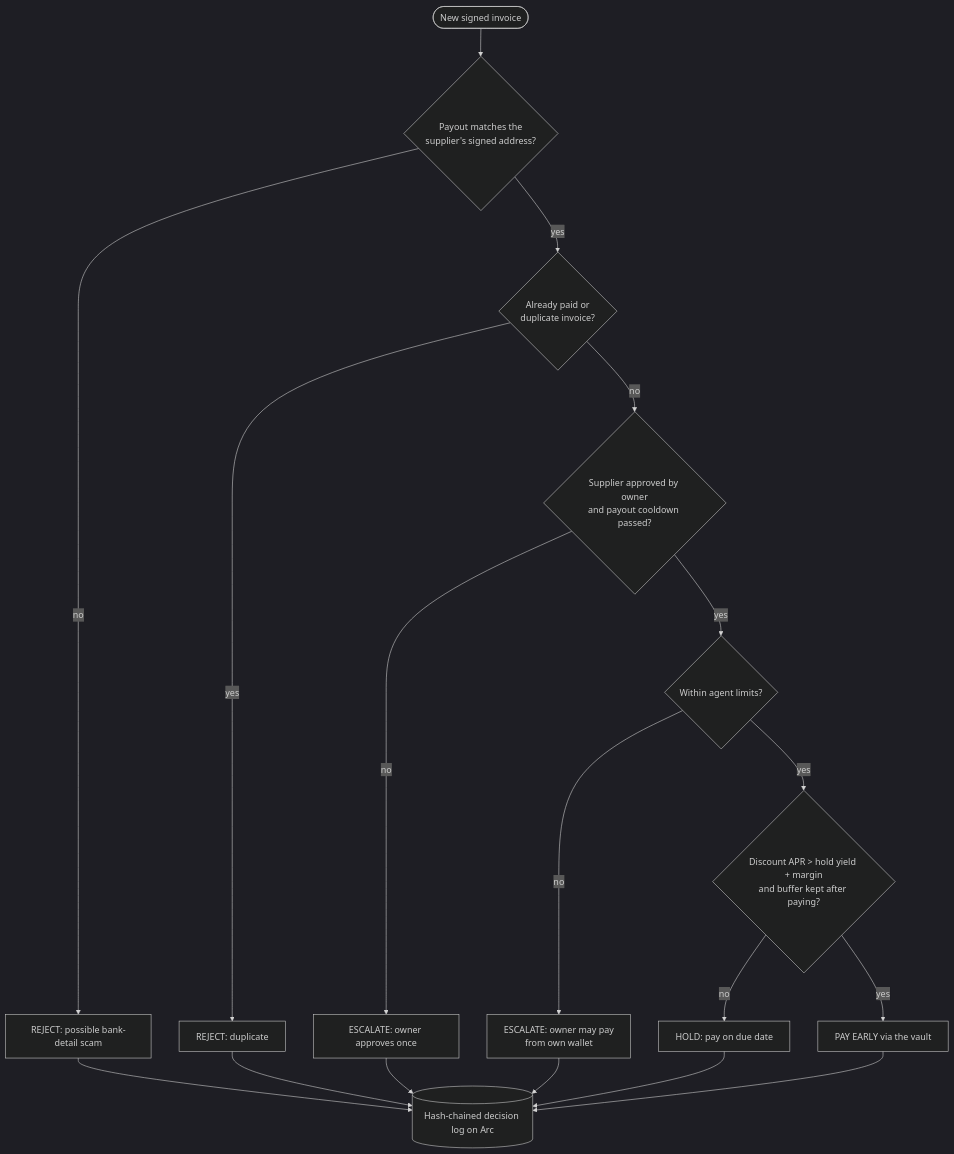
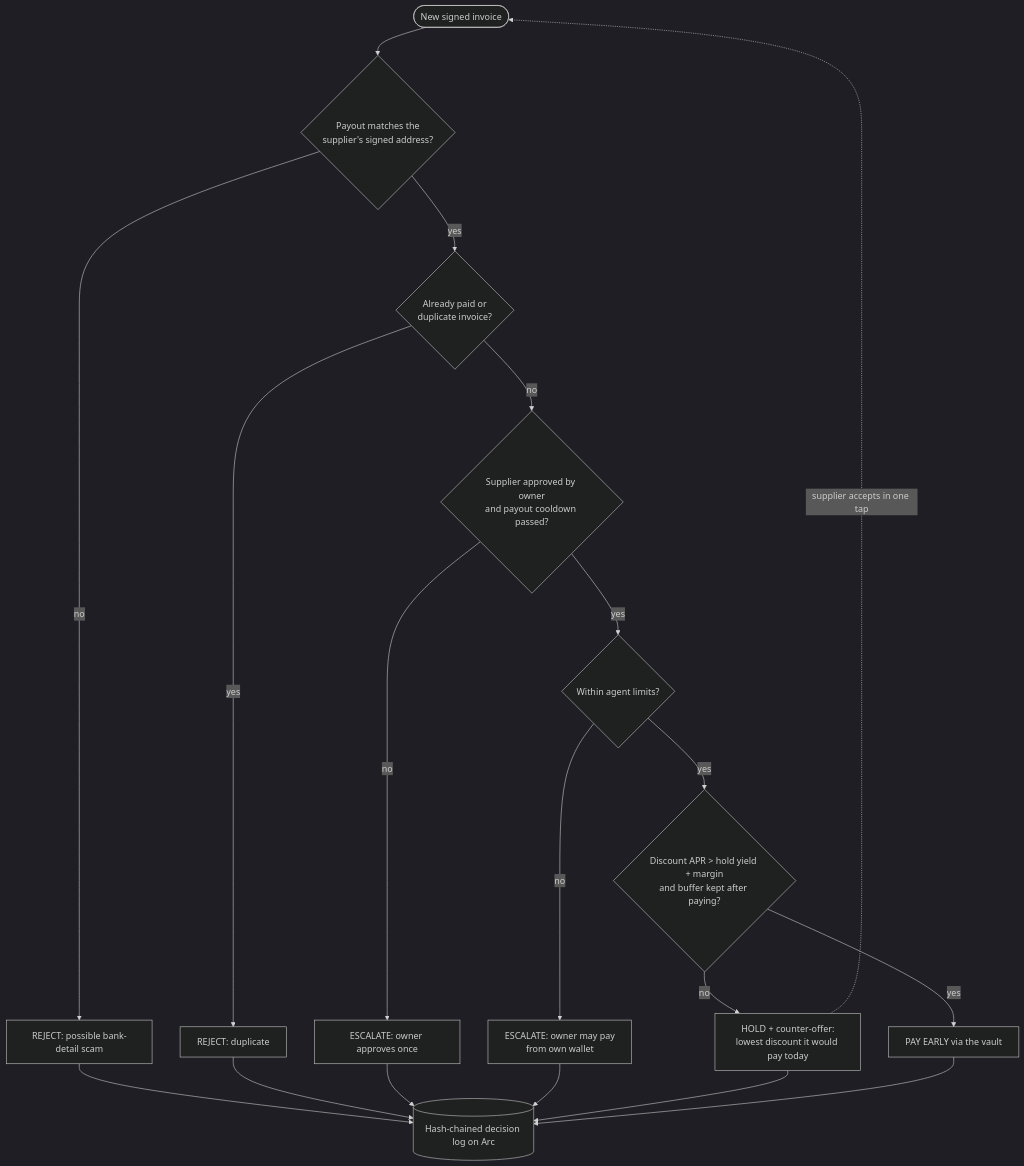
Before and after one commit to Lakshmikanth-3/ArcSteward: the second of 4 diagrams in README.md, drawn with Mermaid (dark theme). The commit also changed other lines of this file and 1 other file, not shown here.

Commit message:
Lead with the return: README and submission answers; counter-offer in the decision flow

````diff
--- a/README.md
+++ b/README.md
@@ -75,15 +79,16 @@
 ```mermaid
 flowchart TD
   I([New signed invoice]) --> X{Payout matches the<br/>supplier's signed address?}
   X -- no --> RJ[REJECT: possible bank-detail scam]
   X -- yes --> D{Already paid or<br/>duplicate invoice?}
   D -- yes --> RJ2[REJECT: duplicate]
   D -- no --> N{Supplier approved by owner<br/>and payout cooldown passed?}
   N -- no --> ES[ESCALATE: owner approves once]
   N -- yes --> L{Within agent limits?}
   L -- no --> ES2[ESCALATE: owner may pay<br/>from own wallet]
   L -- yes --> M{Discount APR > hold yield + margin<br/>and buffer kept after paying?}
-  M -- no --> H[HOLD: pay on due date]
+  M -- no --> H[HOLD + counter-offer:<br/>lowest discount it would pay today]
+  H -. supplier accepts in one tap .-> I
   M -- yes --> P[PAY EARLY via the vault]
   RJ & RJ2 & ES & ES2 & H & P --> LOG[(Hash-chained decision log on Arc)]
 ```
````
